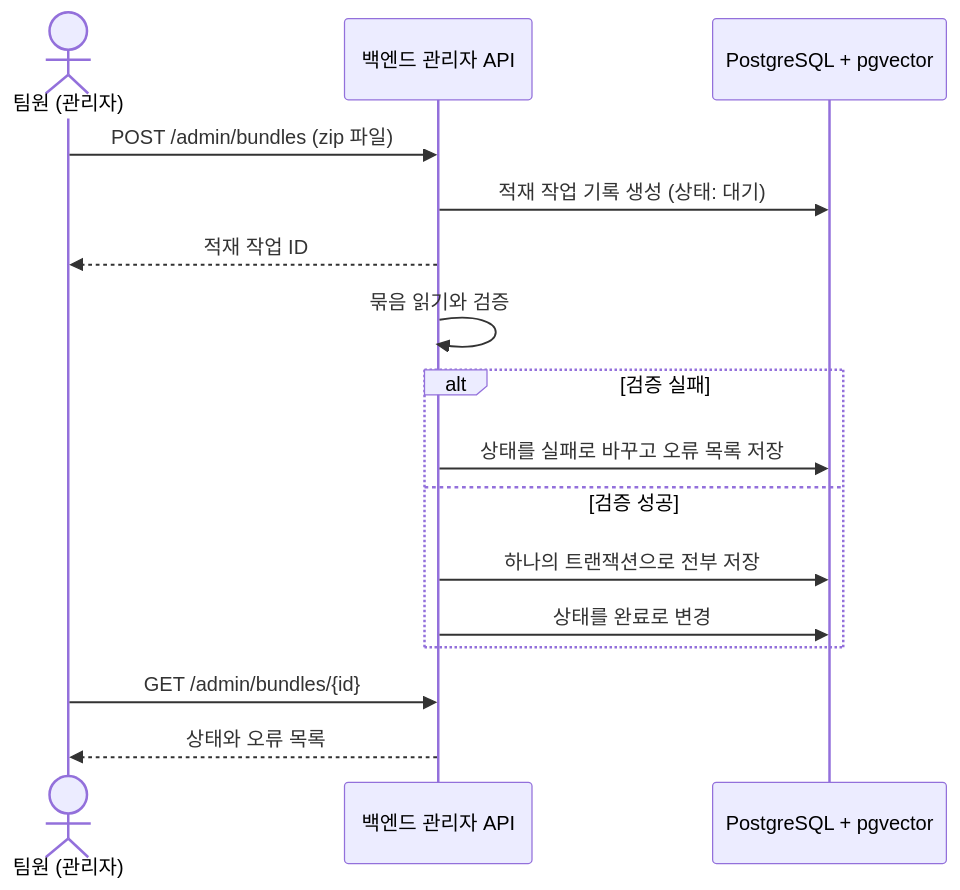
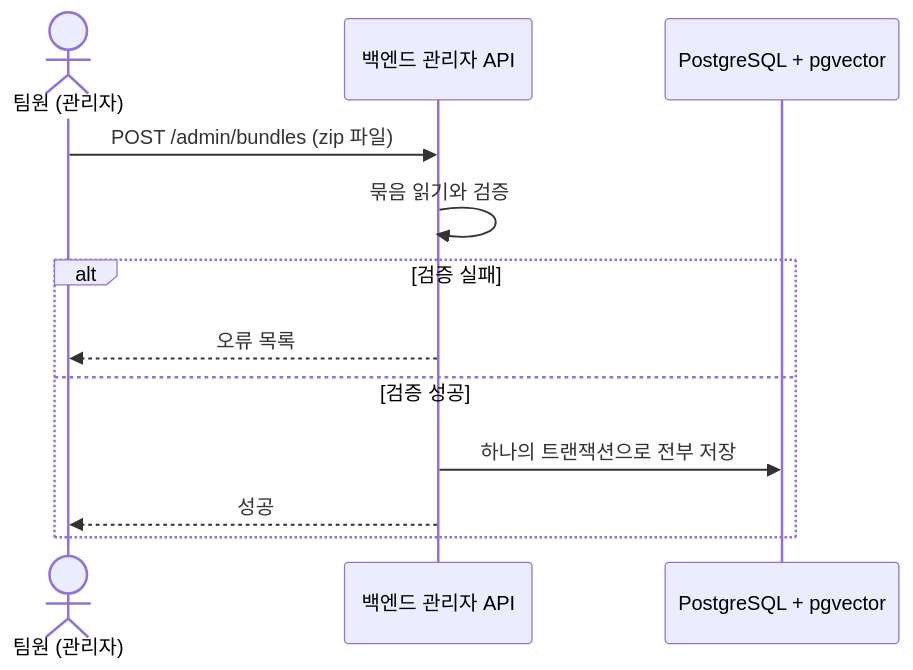
One commit to diegesis-labs/BE changed the fourth of 6 diagrams in docs/ARCHITECTURE.md. Above: the diagram before and after it, drawn with Mermaid. The commit also changed other lines of this file and 11 other files, not shown here.

````diff
--- a/docs/ARCHITECTURE.md
+++ b/docs/ARCHITECTURE.md
@@ -163,19 +162,15 @@
 ```mermaid
 sequenceDiagram
   actor A as 팀원 (관리자)
   participant BE as 백엔드 관리자 API
   participant DB as PostgreSQL + pgvector
 
   A->>BE: POST /admin/bundles (zip 파일)
-  BE->>DB: 적재 작업 기록 생성 (상태: 대기)
-  BE-->>A: 적재 작업 ID
   BE->>BE: 묶음 읽기와 검증
   alt 검증 실패
-    BE->>DB: 상태를 실패로 바꾸고 오류 목록 저장
+    BE-->>A: 오류 목록
   else 검증 성공
     BE->>DB: 하나의 트랜잭션으로 전부 저장
-    BE->>DB: 상태를 완료로 변경
+    BE-->>A: 성공
   end
-  A->>BE: GET /admin/bundles/{id}
-  BE-->>A: 상태와 오류 목록
 ```
````
